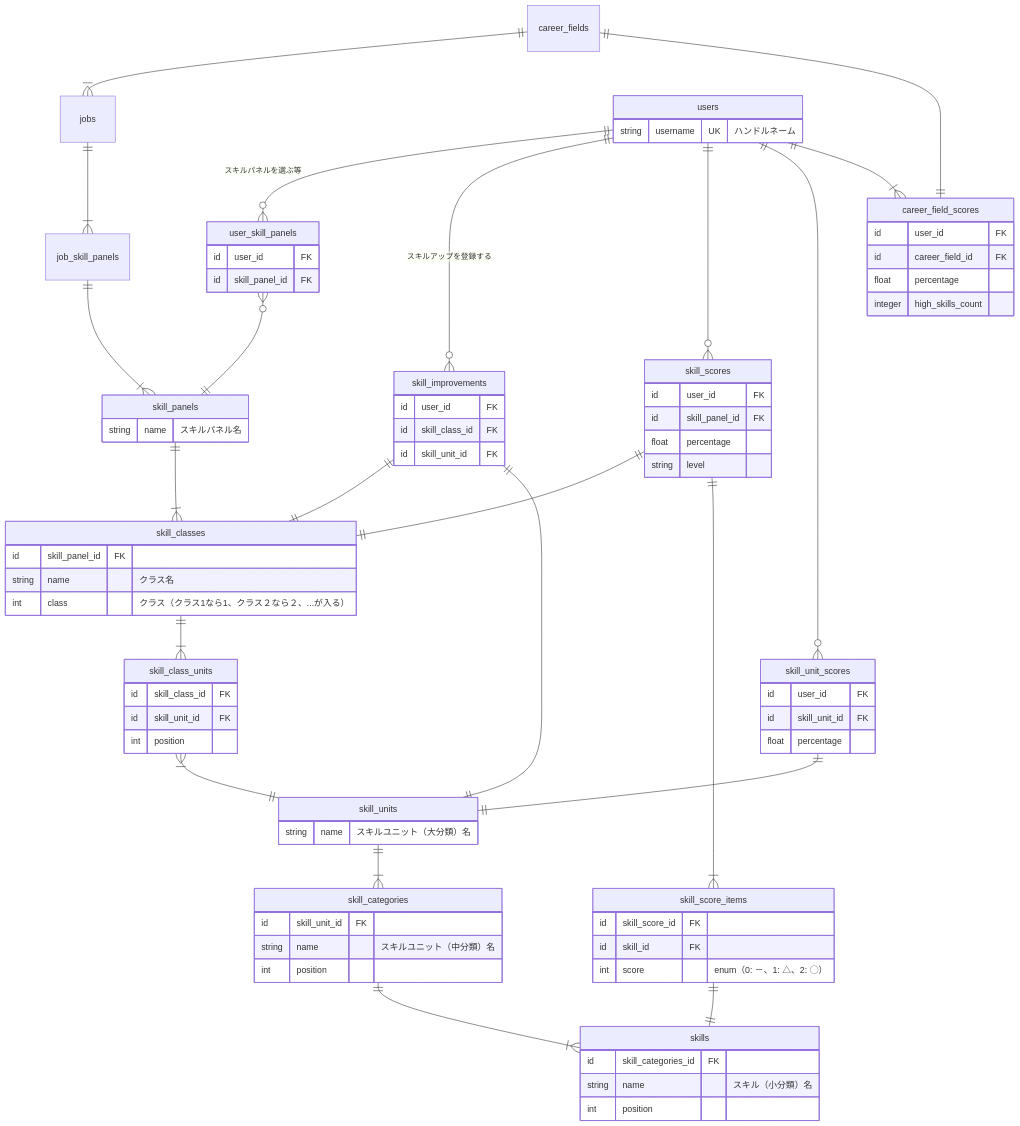
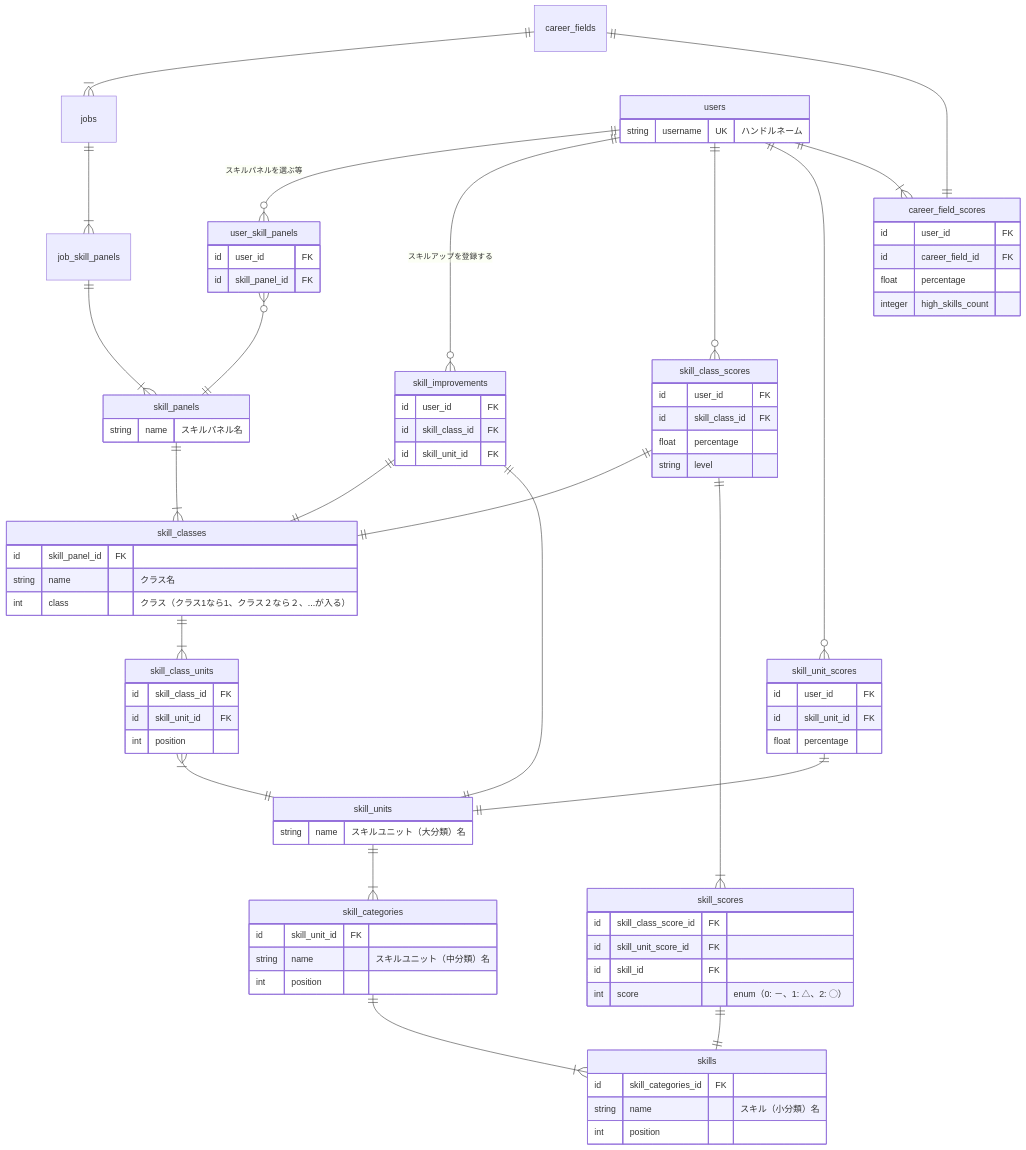
The second of 2 diagrams in docs/conceptual_schemas/skills.md (bright-org/bright), drawn with Mermaid before and after one commit. The commit also changed other lines of this file, not shown here.

Commit message:
docs: skill_scoresのskill_class_scoresへのリネームに伴うドキュメント修正

```diff
--- a/docs/conceptual_schemas/skills.md
+++ b/docs/conceptual_schemas/skills.md
@@ -63,12 +66,12 @@
   users ||--o{ skill_improvements : "スキルアップを登録する"
   skill_improvements ||--|| skill_classes : ""
   skill_improvements ||--|| skill_units : ""
-  users ||--o{ skill_scores : ""
+  users ||--o{ skill_class_scores : ""
   users ||--o{ skill_unit_scores : ""
   users ||--|{ career_field_scores : ""
-  skill_scores ||--|| skill_classes : ""
-  skill_scores ||--|{ skill_score_items : ""
-  skill_score_items ||--|| skills : ""
+  skill_class_scores ||--|| skill_classes : ""
+  skill_class_scores ||--|{ skill_scores : ""
+  skill_scores ||--|| skills : ""
   skill_unit_scores ||--|| skill_units : ""
   career_fields ||--|| career_field_scores : ""
 
@@ -128,9 +131,9 @@
     id skill_unit_id FK
   }
 
-  skill_scores {
+  skill_class_scores {
     id user_id FK
-    id skill_panel_id FK
+    id skill_class_id FK
     float percentage
     string level
   }
@@ -141,8 +144,9 @@
     float percentage
   }
 
-  skill_score_items {
-    id skill_score_id FK
+  skill_scores {
+    id skill_class_score_id FK
+    id skill_unit_score_id FK
     id skill_id FK
     int score "enum（0: －、1: △、2: ◯）"
   }
```
